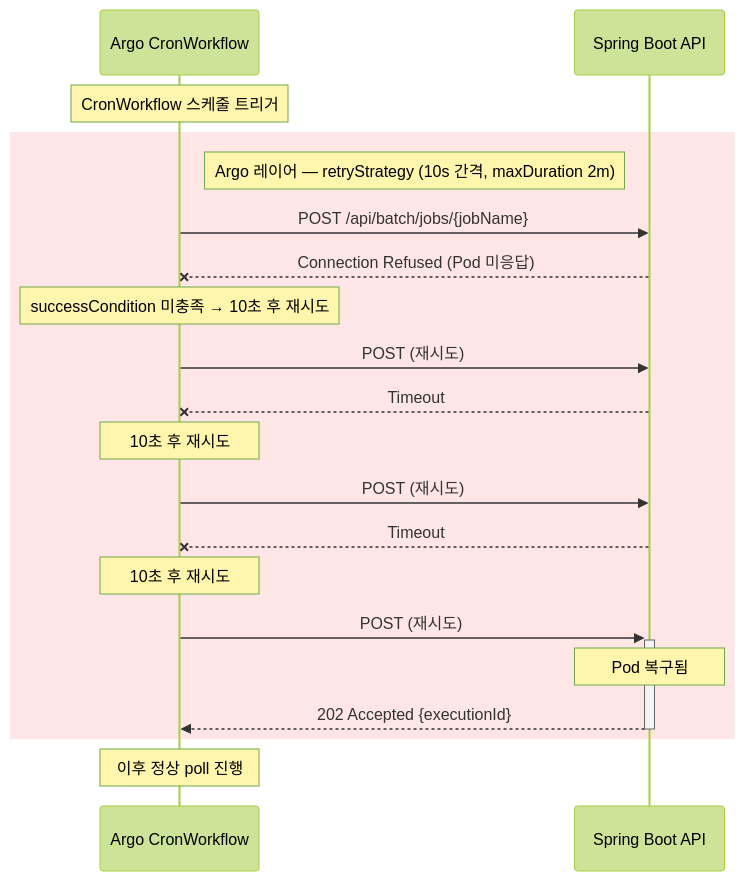
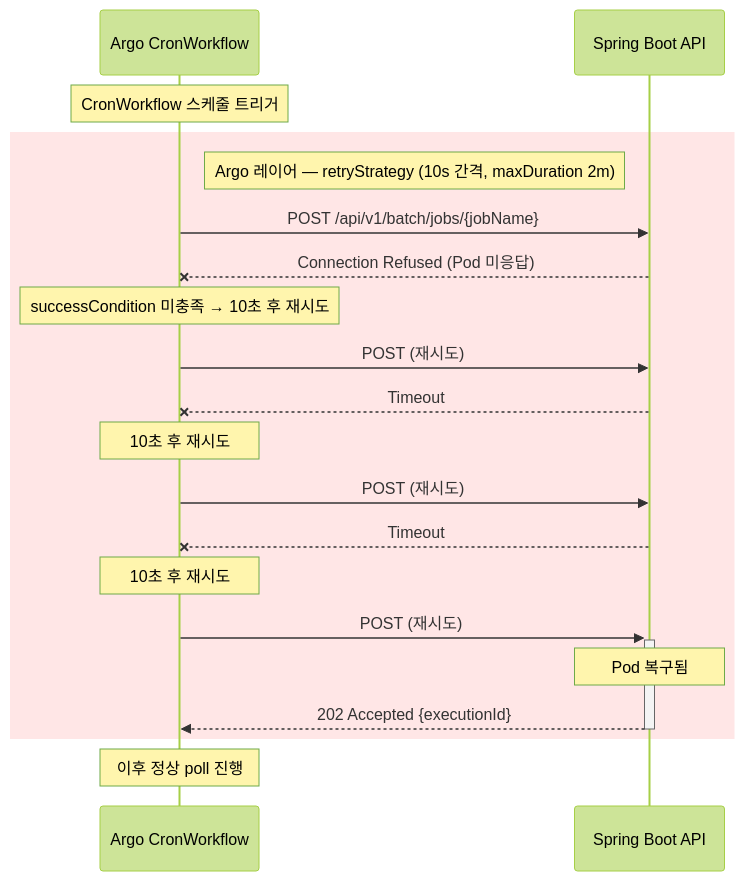
Before and after one commit to sanggi-wjg/kotlin-spring-boot-demos: the third of 5 diagrams in spring-batch-argo-workflows/docs/architecture.md, drawn with Mermaid (forest theme). The commit also changed other lines of this file and 6 other files, not shown here.

Commit message:
Update batch workflow templates and API paths, add Slack notification on failure, and enhance polling logic

````diff
--- a/spring-batch-argo-workflows/docs/architecture.md
+++ b/spring-batch-argo-workflows/docs/architecture.md
@@ -180,24 +201,24 @@
 ```mermaid
 sequenceDiagram
     participant Argo as Argo CronWorkflow
     participant API as Spring Boot API
     Note over Argo: CronWorkflow 스케줄 트리거
 
     rect rgb(255, 230, 230)
         Note right of Argo: Argo 레이어 — retryStrategy (10s 간격, maxDuration 2m)
-        Argo ->> API: POST /api/batch/jobs/{jobName}
+        Argo ->> API: POST /api/v1/batch/jobs/{jobName}
         API --x Argo: Connection Refused (Pod 미응답)
         Note over Argo: successCondition 미충족 → 10초 후 재시도
         Argo ->> API: POST (재시도)
         API --x Argo: Timeout
         Note over Argo: 10초 후 재시도
         Argo ->> API: POST (재시도)
         API --x Argo: Timeout
         Note over Argo: 10초 후 재시도
         Argo ->>+ API: POST (재시도)
         Note over API: Pod 복구됨
         API -->>- Argo: 202 Accepted {executionId}
     end
 
     Note over Argo: 이후 정상 poll 진행
 ```
````
